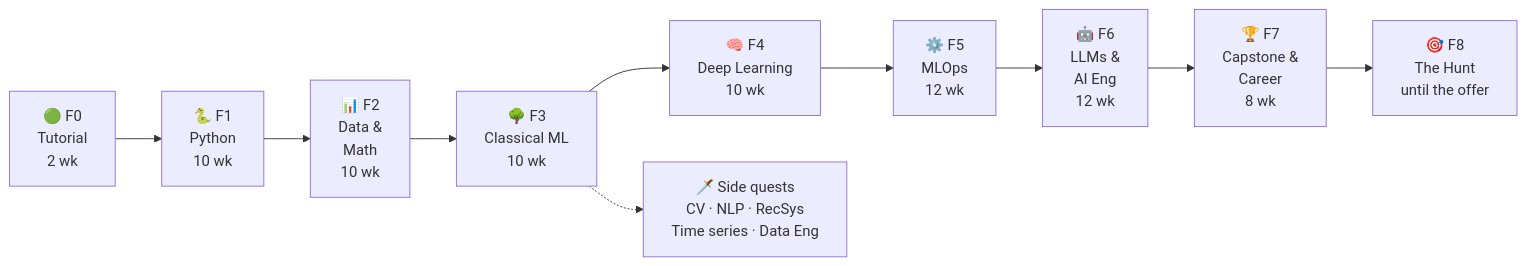
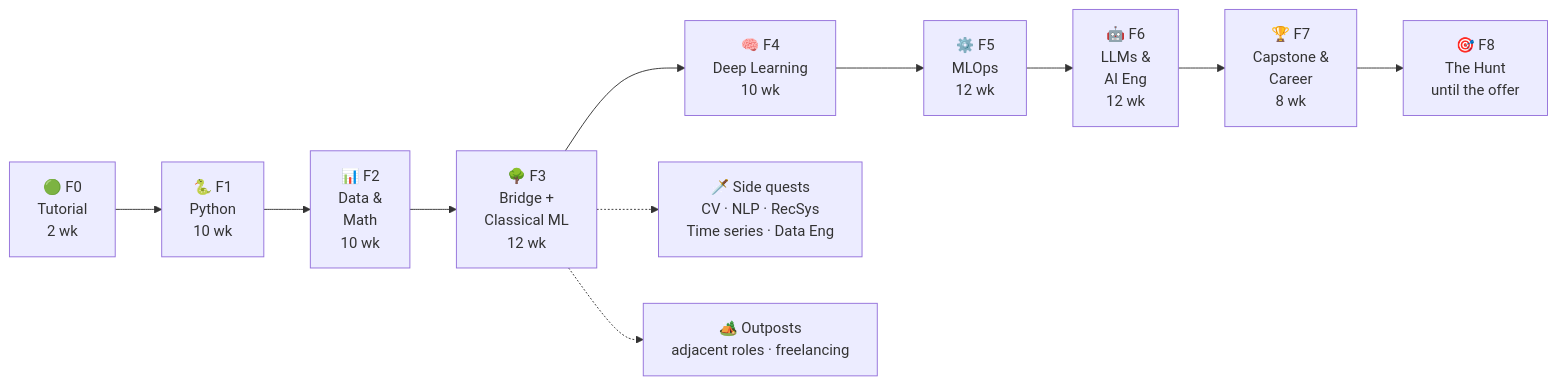
One commit to Thales-thecreator/Estudos changed the diagram in ROADMAP.en.md. Above: the diagram before and after it, drawn with Mermaid. The commit also changed other lines of this file and 17 other files, not shown here.

````diff
--- a/ROADMAP.en.md
+++ b/ROADMAP.en.md
@@ -38,12 +38,13 @@
 ```mermaid
 flowchart LR
     F0["🟢 F0<br/>Tutorial<br/>2 wk"] --> F1["🐍 F1<br/>Python<br/>10 wk"]
     F1 --> F2["📊 F2<br/>Data &<br/>Math<br/>10 wk"]
-    F2 --> F3["🌳 F3<br/>Classical ML<br/>10 wk"]
+    F2 --> F3["🌳 F3<br/>Bridge +<br/>Classical ML<br/>12 wk"]
     F3 --> F4["🧠 F4<br/>Deep Learning<br/>10 wk"]
     F4 --> F5["⚙️ F5<br/>MLOps<br/>12 wk"]
     F5 --> F6["🤖 F6<br/>LLMs &<br/>AI Eng<br/>12 wk"]
     F6 --> F7["🏆 F7<br/>Capstone &<br/>Career<br/>8 wk"]
     F7 --> F8["🎯 F8<br/>The Hunt<br/>until the offer"]
     F3 -.-> SQ["🗡️ Side quests<br/>CV · NLP · RecSys<br/>Time series · Data Eng"]
+    F3 -.-> PA["🏕️ Outposts<br/>adjacent roles · freelancing"]
 ```
````
